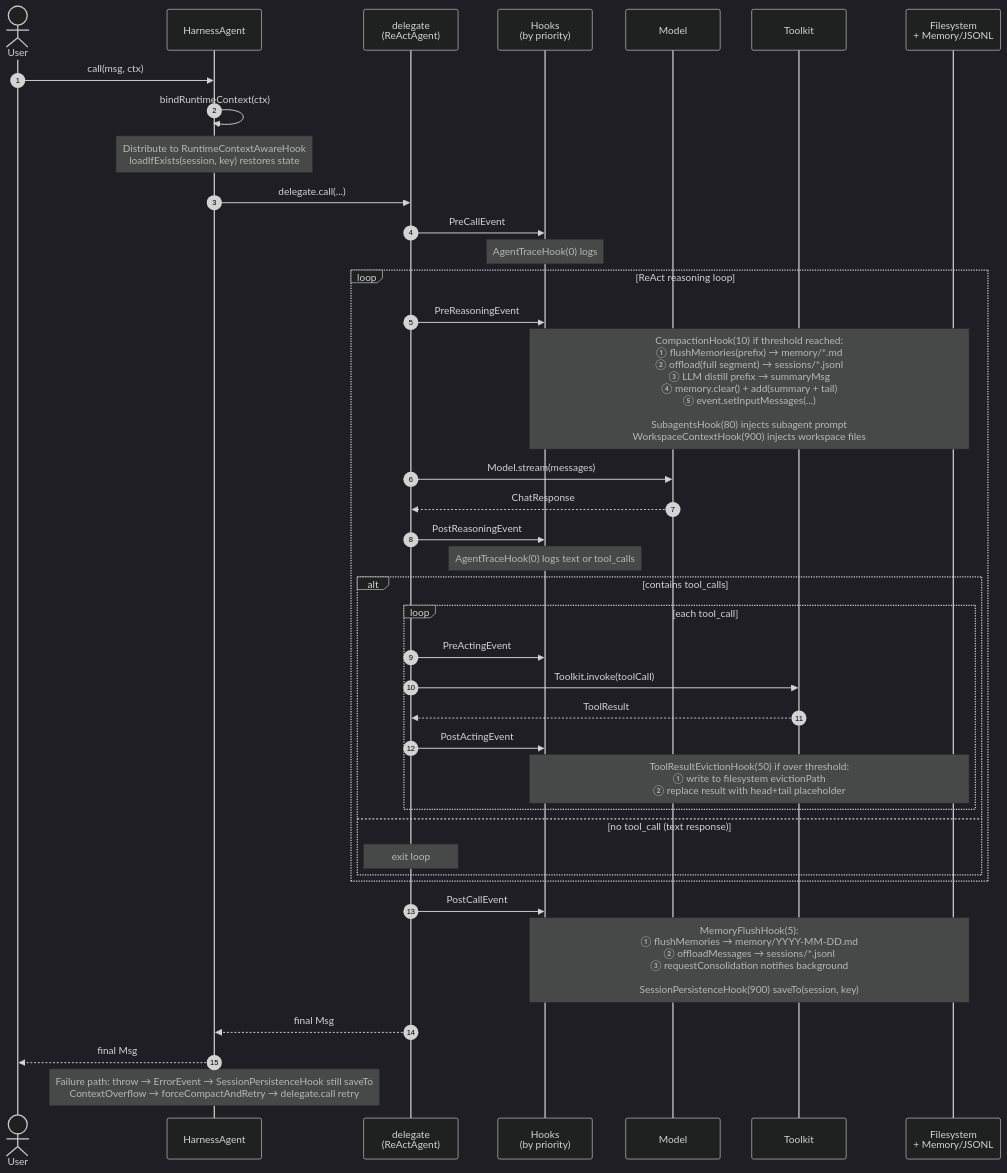
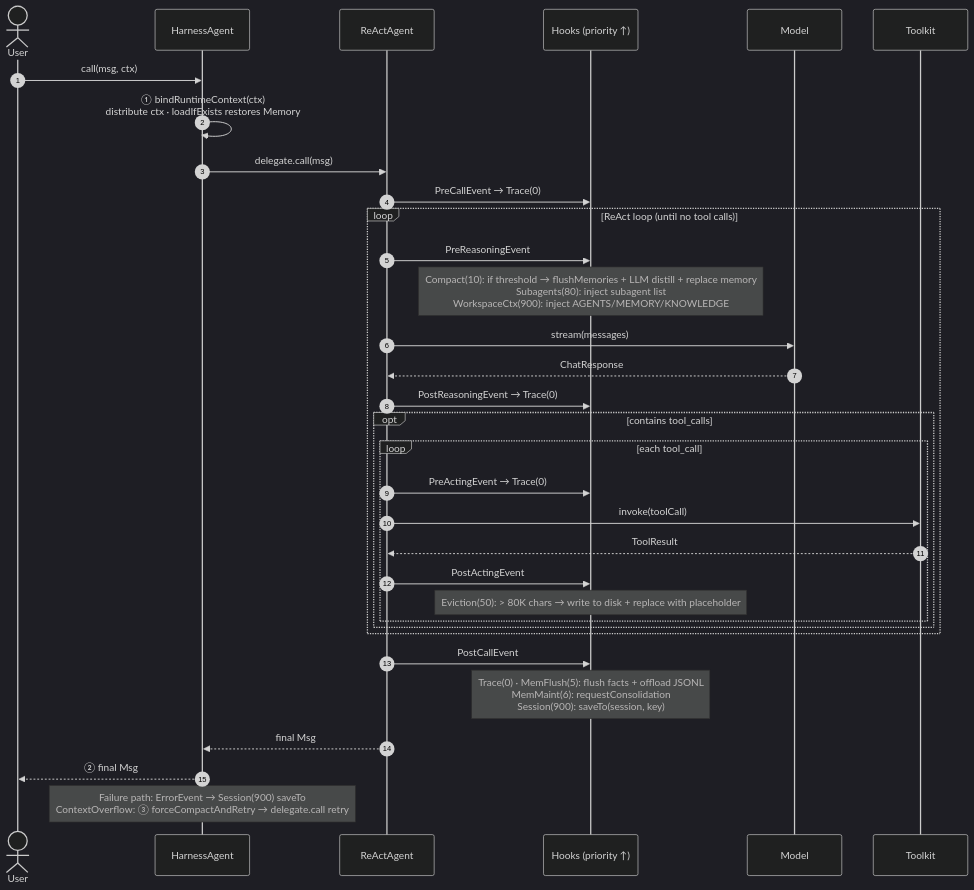
One commit to agentscope-ai/agentscope-java changed the third of 8 diagrams in docs/en/harness/architecture.md. Above: the diagram before and after it, drawn with Mermaid (dark theme). The commit also changed other lines of this file and 14 other files, not shown here.

````diff
--- a/docs/en/harness/architecture.md
+++ b/docs/en/harness/architecture.md
@@ -166,47 +136,44 @@
-```mermaid
+```{mermaid}
 sequenceDiagram
     autonumber
     actor User
     participant HA as HarnessAgent
-    participant RA as delegate<br/>(ReActAgent)
-    participant H as Hooks<br/>(by priority)
+    participant RA as ReActAgent
+    participant H as Hooks (priority ↑)
     participant M as Model
     participant T as Toolkit
-    participant FS as Filesystem<br/>+ Memory/JSONL
 
     User->>HA: call(msg, ctx)
-    HA->>HA: bindRuntimeContext(ctx)
-    Note over HA: Distribute to RuntimeContextAwareHook<br/>loadIfExists(session, key) restores state
-    HA->>RA: delegate.call(...)
+    HA->>HA: ① bindRuntimeContext(ctx)<br/>distribute ctx · loadIfExists restores Memory
 
-    RA->>H: PreCallEvent
-    Note over H: AgentTraceHook(0) logs
+    HA->>RA: delegate.call(msg)
+    RA->>H: PreCallEvent → Trace(0)
 
-    loop ReAct reasoning loop
+    loop ReAct loop (until no tool calls)
         RA->>H: PreReasoningEvent
-        Note over H,FS: CompactionHook(10) if threshold reached:<br/>① flushMemories(prefix) → memory/*.md<br/>② offload(full segment) → sessions/*.jsonl<br/>③ LLM distill prefix → summaryMsg<br/>④ memory.clear() + add(summary + tail)<br/>⑤ event.setInputMessages(...)<br/><br/>SubagentsHook(80) injects subagent prompt<br/>WorkspaceContextHook(900) injects workspace files
-        RA->>M: Model.stream(messages)
+        Note over H: Compact(10): if threshold → flushMemories + LLM distill + replace memory<br/>Subagents(80): inject subagent list<br/>WorkspaceCtx(900): inject AGENTS/MEMORY/KNOWLEDGE
+
+        RA->>M: stream(messages)
         M-->>RA: ChatResponse
-        RA->>H: PostReasoningEvent
-        Note over H: AgentTraceHook(0) logs text or tool_calls
 
-        alt contains tool_calls
+        RA->>H: PostReasoningEvent → Trace(0)
+
+        opt contains tool_calls
             loop each tool_call
-                RA->>H: PreActingEvent
-                RA->>T: Toolkit.invoke(toolCall)
+                RA->>H: PreActingEvent → Trace(0)
+                RA->>T: invoke(toolCall)
                 T-->>RA: ToolResult
                 RA->>H: PostActingEvent
-                Note over H,FS: ToolResultEvictionHook(50) if over threshold:<br/>① write to filesystem evictionPath<br/>② replace result with head+tail placeholder
+                Note over H: Eviction(50): > 80K chars → write to disk + replace with placeholder
             end
-        else no tool_call (text response)
-            Note over RA: exit loop
         end
     end
 
     RA->>H: PostCallEvent
-    Note over H,FS: MemoryFlushHook(5):<br/>① flushMemories → memory/YYYY-MM-DD.md<br/>② offloadMessages → sessions/*.jsonl<br/>③ requestConsolidation notifies background<br/><br/>SessionPersistenceHook(900) saveTo(session, key)
+    Note over H: Trace(0) · MemFlush(5): flush facts + offload JSONL<br/>MemMaint(6): requestConsolidation<br/>Session(900): saveTo(session, key)
+
     RA-->>HA: final Msg
-    HA-->>User: final Msg
+    HA-->>User: ② final Msg
 
-    Note over HA: Failure path: throw → ErrorEvent → SessionPersistenceHook still saveTo<br/>ContextOverflow → forceCompactAndRetry → delegate.call retry
+    Note over HA: Failure path: ErrorEvent → Session(900) saveTo<br/>ContextOverflow: ③ forceCompactAndRetry → delegate.call retry
 ```
````
